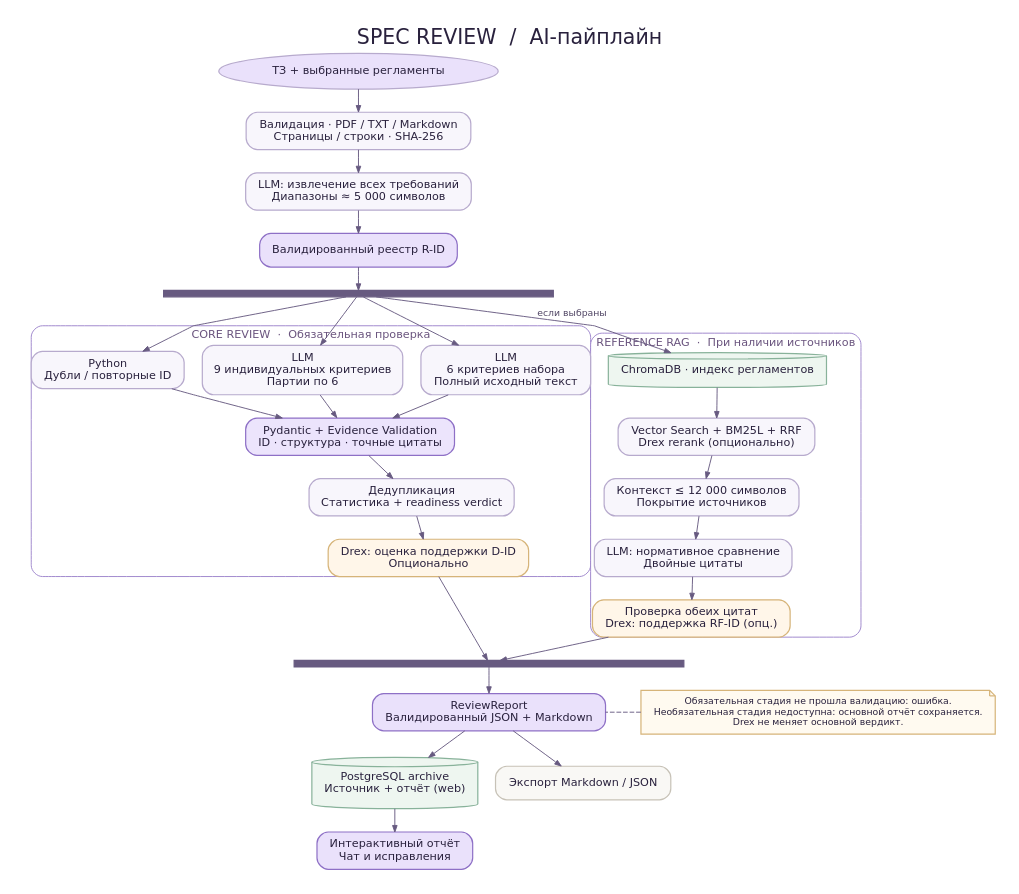
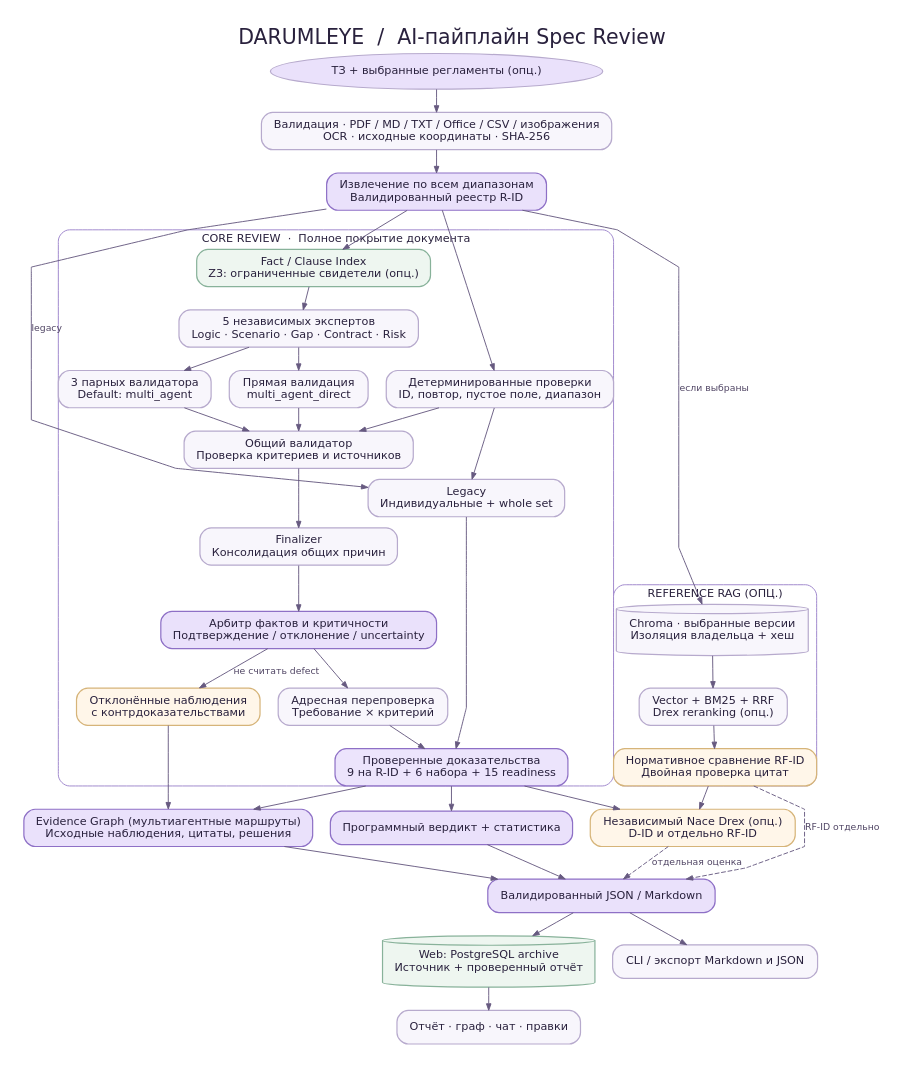
Before and after one commit to Feruum/Darumleye: the diagram in vibe/docs/uml/spec-review-pipeline.dot, drawn with Graphviz. The commit also changed 37 other files, not shown here.

Commit message:
docs: synchronize Darumleye architecture, operations and verified results

```diff
--- a/vibe/docs/uml/spec-review-pipeline.dot
+++ b/vibe/docs/uml/spec-review-pipeline.dot
@@ -1,41 +1,45 @@
 digraph ReviewPipeline {
-  graph [rankdir=TB, bgcolor="#ffffff", margin=0.2, pad=0.25, nodesep=0.26, ranksep=0.34, splines=polyline, fontname="DejaVu Sans", label="SPEC REVIEW  /  AI-пайплайн", labelloc=t, fontsize=22, fontcolor="#29213d"];
+  graph [rankdir=TB, bgcolor="#ffffff", margin=0.2, pad=0.25, nodesep=0.26, ranksep=0.34, splines=polyline, fontname="DejaVu Sans", label="DARUMLEYE  /  AI-пайплайн Spec Review", labelloc=t, fontsize=22, fontcolor="#29213d"];
   node [shape=box, style="rounded,filled", color="#b7aacd", fillcolor="#f8f6fc", fontcolor="#29213d", penwidth=1.3, fontname="DejaVu Sans", fontsize=12, margin="0.20,0.10"];
   edge [color="#675a80", fontname="DejaVu Sans", fontsize=10, fontcolor="#514665", arrowsize=0.7];
-  Input [shape=oval, label="ТЗ + выбранные регламенты", fillcolor="#eae1fb"];
-  Parse [label="Валидация · PDF / TXT / Markdown\nСтраницы / строки · SHA-256"];
-  Extract [label="LLM: извлечение всех требований\nДиапазоны ≈ 5 000 символов"];
-  Register [label="Валидированный реестр R-ID", fillcolor="#eae1fb", color="#8e70c6"];
-  Fork [shape=rect, label="", height=0.10, width=5.8, fixedsize=true, style=filled, fillcolor="#675a80", color="#675a80"];
-  Input -> Parse -> Extract -> Register -> Fork;
-  subgraph cluster_core { label="CORE REVIEW  ·  Обязательная проверка"; style="rounded"; color="#9b83cb"; fontname="DejaVu Sans"; fontsize=12; fontcolor="#6a547e";
-    Code [label="Python\nДубли / повторные ID"];
-    Individual [label="LLM\n9 индивидуальных критериев\nПартии по 6"];
-    Set [label="LLM\n6 критериев набора\nПолный исходный текст"];
-    Validate [label="Pydantic + Evidence Validation\nID · структура · точные цитаты", fillcolor="#ece4fc", color="#8e70c6"];
-    Verdict [label="Дедупликация\nСтатистика + readiness verdict"];
-    Decide [label="Drex: оценка поддержки D-ID\nОпционально",fillcolor="#fff6e9", color="#d6b479"];
-    {rank=same; Code; Individual; Set;}
-    Code -> Validate; Individual -> Validate; Set -> Validate; Validate -> Verdict -> Decide;
+  Input [shape=oval, label="ТЗ + выбранные регламенты (опц.)", fillcolor="#eae1fb"];
+  Parse [label="Валидация · PDF / MD / TXT / Office / CSV / изображения\nOCR · исходные координаты · SHA-256"];
+  Register [label="Извлечение по всем диапазонам\nВалидированный реестр R-ID", fillcolor="#eae1fb", color="#8e70c6"];
+  Input -> Parse -> Register;
+  subgraph cluster_core { label="CORE REVIEW  ·  Полное покрытие документа"; style="rounded"; color="#9b83cb"; fontname="DejaVu Sans"; fontsize=12; labelloc=t;
+    Static [label="Детерминированные проверки\nID, повтор, пустое поле, диапазон"];
+    Facts [label="Fact / Clause Index\nZ3: ограниченные свидетели (опц.)",fillcolor="#eef6f0",color="#88b29a"];
+    Legacy [label="Legacy\nИндивидуальные + whole set"];
+    Experts [label="5 независимых экспертов\nLogic · Scenario · Gap · Contract · Risk"];
+    Pair [label="3 парных валидатора\nDefault: multi_agent"];
+    Direct [label="Прямая валидация\nmulti_agent_direct"];
+    Global [label="Общий валидатор\nПроверка критериев и источников"];
+    Final [label="Finalizer\nКонсолидация общих причин"];
+    Arbiter [label="Арбитр фактов и критичности\nПодтверждение / отклонение / uncertainty",fillcolor="#eae1fb",color="#8e70c6"];
+    Recheck [label="Адресная перепроверка\nТребование × критерий"];
+    Verify [label="Проверенные доказательства\n9 на R-ID + 6 набора + 15 readiness",fillcolor="#ece4fc",color="#8e70c6"];
+    Quarantine [label="Отклонённые наблюдения\nс контрдоказательствами",fillcolor="#fff6e9",color="#d6b479"];
+    Facts -> Experts; Experts -> Pair; Experts -> Direct; Pair -> Global; Direct -> Global;
+    Static -> Global; Static -> Legacy; Global -> Final -> Arbiter -> Recheck -> Verify; Legacy -> Verify;
+    Arbiter -> Quarantine [label="не считать defect"];
   }
-  subgraph cluster_refs { label="REFERENCE RAG  ·  При наличии источников"; style="rounded"; color="#9b83cb"; fontname="DejaVu Sans"; fontsize=12; fontcolor="#6a547e";
-    Index [label="ChromaDB · индекс регламентов", shape=cylinder, fillcolor="#eef6f0", color="#88b29a"];
-    Hybrid [label="Vector Search + BM25L + RRF\nDrex rerank (опционально)"];
-    Context [label="Контекст ≤ 12 000 символов\nПокрытие источников"];
-    Compare [label="LLM: нормативное сравнение\nДвойные цитаты"];
-    RefVerify [label="Проверка обеих цитат\nDrex: поддержка RF-ID (опц.)",fillcolor="#fff6e9", color="#d6b479"];
-    Index -> Hybrid -> Context -> Compare -> RefVerify;
+  Register -> Static; Register -> Facts; Register -> Legacy [label="legacy"];
+  subgraph cluster_refs { label="REFERENCE RAG (ОПЦ.)"; style="rounded"; color="#9b83cb"; fontname="DejaVu Sans"; fontsize=12; labelloc=t;
+    Index [shape=cylinder,label="Chroma · выбранные версии\nИзоляция владельца + хеш"];
+    Hybrid [label="Vector + BM25 + RRF\nDrex reranking (опц.)"];
+    RefVerify [label="Нормативное сравнение RF-ID\nДвойная проверка цитат",fillcolor="#fff6e9",color="#d6b479"];
+    Index -> Hybrid -> RefVerify;
   }
-  Fork -> Code; Fork -> Individual; Fork -> Set; Fork -> Index [label="если выбраны"];
-  Join [shape=rect, label="", height=0.10, width=5.8, fixedsize=true, style=filled, fillcolor="#675a80", color="#675a80"];
-  Decide -> Join; RefVerify -> Join;
-  Report [label="ReviewReport\nВалидированный JSON + Markdown",fillcolor="#eae1fb",color="#8e70c6"];
-  Archive [shape=cylinder, label="PostgreSQL archive\nИсточник + отчёт (web)",fillcolor="#eef6f0",color="#88b29a"];
-  Export [label="Экспорт Markdown / JSON",fillcolor="#f9f8f5",color="#c7c2b7"];
-  UI [label="Интерактивный отчёт\nЧат и исправления",fillcolor="#eae1fb",color="#8e70c6"];
-  Join -> Report; Report -> Archive -> UI; Report -> Export;
-  {rank=same; Archive; Export;}
-  Note [shape=note, style=filled, fillcolor="#fffaf0", color="#d6b479", fontsize=10,label="Обязательная стадия не прошла валидацию: ошибка.\nНеобязательная стадия недоступна: основной отчёт сохраняется.\nDrex не меняет основной вердикт."];
-  Note -> Report [style=dashed, arrowhead=none, constraint=false];
-  {rank=same; Report; Note;}
+  Register -> Index [label="если выбраны"];
+  Drex [label="Независимый Nace Drex (опц.)\nD-ID и отдельно RF-ID",fillcolor="#fff6e9",color="#d6b479"];
+  Verify -> Drex; RefVerify -> Drex;
+  EvGraph [label="Evidence Graph (мультиагентные маршруты)\nИсходные наблюдения, цитаты, решения",fillcolor="#eae1fb",color="#8e70c6"];
+  Verify -> EvGraph; Quarantine -> EvGraph;
+  Verdict [label="Программный вердикт + статистика",fillcolor="#eae1fb",color="#8e70c6"];
+  Report [label="Валидированный JSON / Markdown",fillcolor="#eae1fb",color="#8e70c6"];
+  Verify -> Verdict; Verdict -> Report; EvGraph -> Report; Drex -> Report [style=dashed,label="отдельная оценка"]; RefVerify -> Report [style=dashed,label="RF-ID отдельно"];
+  Archive [shape=cylinder,label="Web: PostgreSQL archive\nИсточник + проверенный отчёт",fillcolor="#eef6f0",color="#88b29a"];
+  Export [label="CLI / экспорт Markdown и JSON"];
+  UI [label="Отчёт · граф · чат · правки"];
+  Report -> Archive -> UI; Report -> Export;
 }
```
